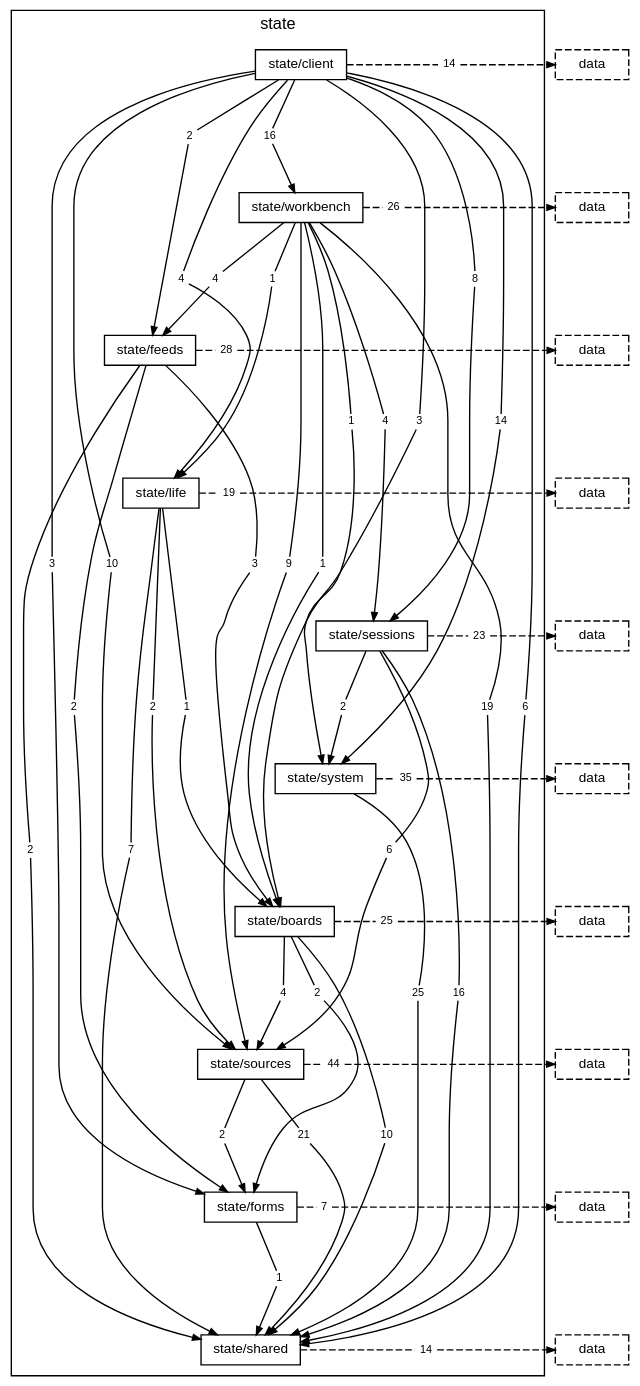
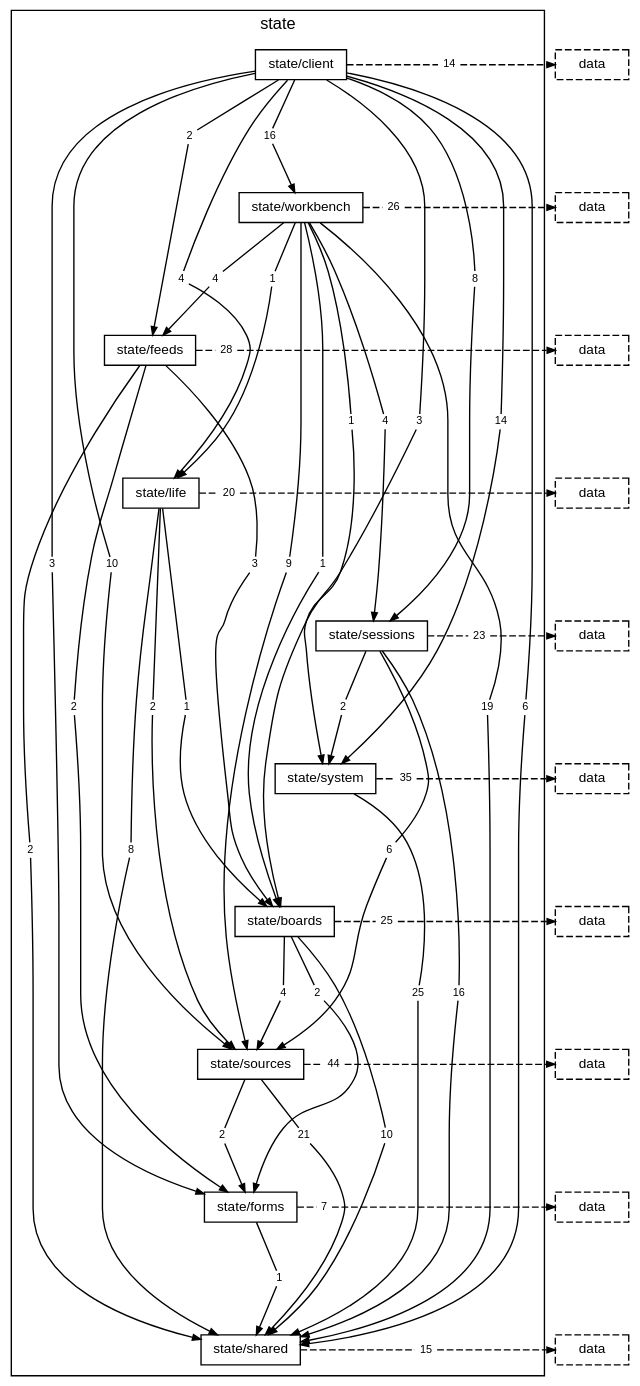
The diagram in docs/diagrams/layer-state.dot (TheAxeC/oculus), drawn with Graphviz before and after one commit. The commit also changed 113 other files, not shown here.

```diff
--- a/docs/diagrams/layer-state.dot
+++ b/docs/diagrams/layer-state.dot
@@ -37,9 +37,9 @@
         "folder state/feeds to folder state/shared" [label="2", shape=box, color="transparent", fontsize=8, width=0, height=0, margin="0.04,0.02"];
         "folder state/feeds to layer data" [label="28", shape=box, color="transparent", fontsize=8, width=0, height=0, margin="0.04,0.02"];
         "folder state/life to folder state/boards" [label="1", shape=box, color="transparent", fontsize=8, width=0, height=0, margin="0.04,0.02"];
-        "folder state/life to folder state/shared" [label="7", shape=box, color="transparent", fontsize=8, width=0, height=0, margin="0.04,0.02"];
+        "folder state/life to folder state/shared" [label="8", shape=box, color="transparent", fontsize=8, width=0, height=0, margin="0.04,0.02"];
         "folder state/life to folder state/sources" [label="2", shape=box, color="transparent", fontsize=8, width=0, height=0, margin="0.04,0.02"];
-        "folder state/life to layer data" [label="19", shape=box, color="transparent", fontsize=8, width=0, height=0, margin="0.04,0.02"];
+        "folder state/life to layer data" [label="20", shape=box, color="transparent", fontsize=8, width=0, height=0, margin="0.04,0.02"];
         "folder state/sessions to folder state/shared" [label="16", shape=box, color="transparent", fontsize=8, width=0, height=0, margin="0.04,0.02"];
         "folder state/sessions to folder state/sources" [label="6", shape=box, color="transparent", fontsize=8, width=0, height=0, margin="0.04,0.02"];
         "folder state/sessions to folder state/system" [label="2", shape=box, color="transparent", fontsize=8, width=0, height=0, margin="0.04,0.02"];
@@ -55,7 +55,7 @@
         "folder state/sources to layer data" [label="44", shape=box, color="transparent", fontsize=8, width=0, height=0, margin="0.04,0.02"];
         "folder state/forms to folder state/shared" [label="1", shape=box, color="transparent", fontsize=8, width=0, height=0, margin="0.04,0.02"];
         "folder state/forms to layer data" [label="7", shape=box, color="transparent", fontsize=8, width=0, height=0, margin="0.04,0.02"];
-        "folder state/shared to layer data" [label="14", shape=box, color="transparent", fontsize=8, width=0, height=0, margin="0.04,0.02"];
+        "folder state/shared to layer data" [label="15", shape=box, color="transparent", fontsize=8, width=0, height=0, margin="0.04,0.02"];
     }
     "layer data from folder state/client" [label="data", style=dashed];
     "layer data from folder state/workbench" [label="data", style=dashed];
```
